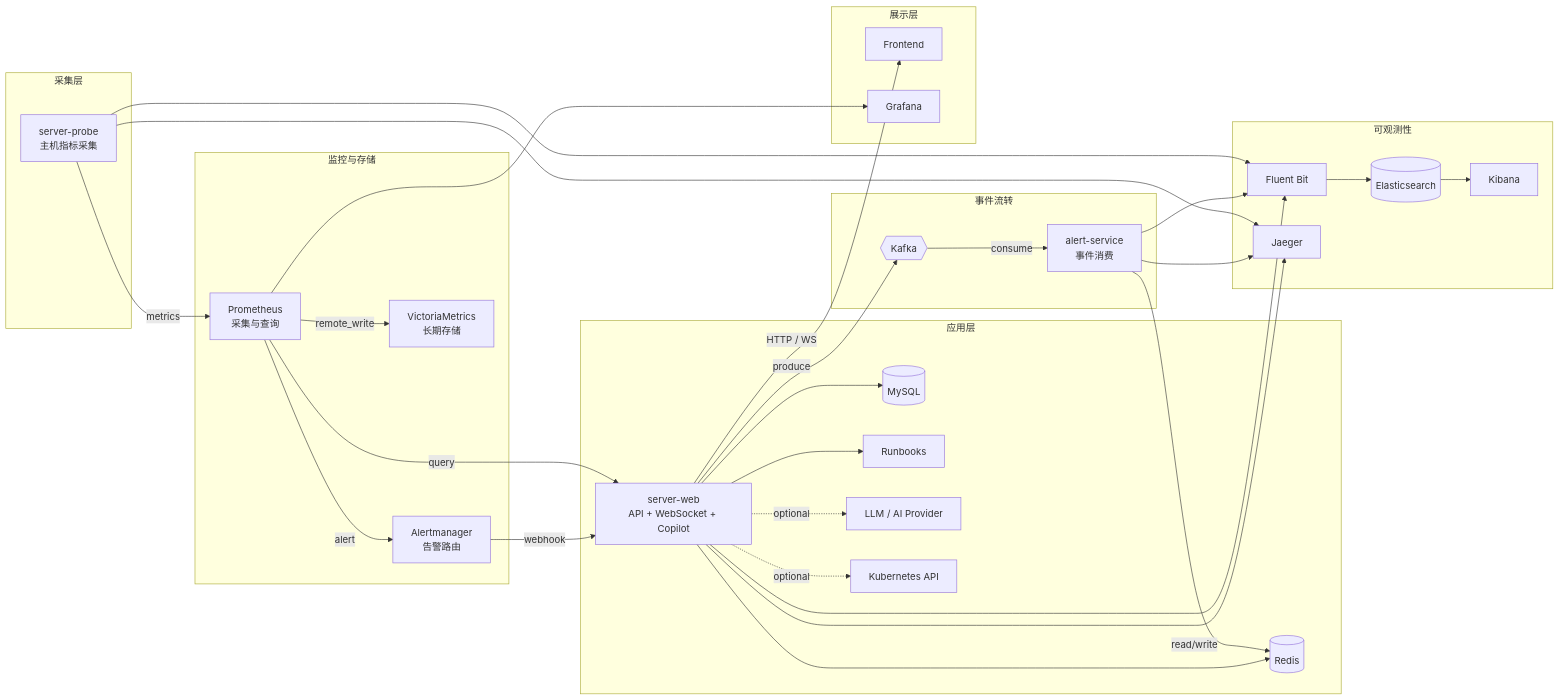
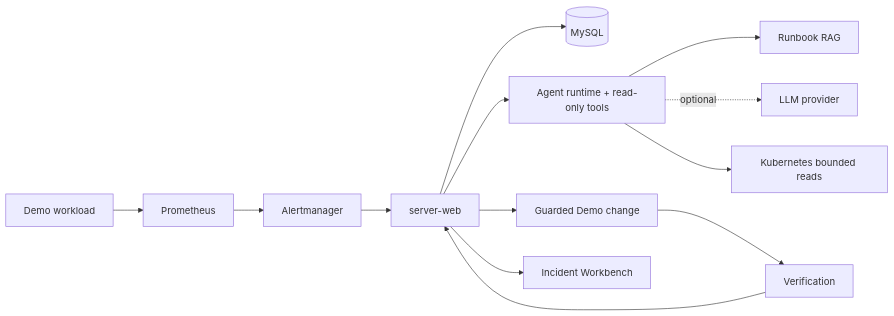
One commit to 05allan1213/CloudOps-Copilot changed the diagram in README.md. Above: the diagram before and after it, drawn with Mermaid. The commit also changed other lines of this file and 183 other files, not shown here.

Commit message:
refactor: consolidate V2 agent packages and streamline the local demo

````diff
--- a/README.md
+++ b/README.md
@@ -21,62 +17,15 @@
 ```mermaid
 graph LR
-    subgraph 采集层
-        Probe[server-probe\n主机指标采集]
-    end
-
-    subgraph 监控与存储
-        Prom[Prometheus\n采集与查询]
-        AM[Alertmanager\n告警路由]
-        VM[VictoriaMetrics\n长期存储]
-    end
-
-    subgraph 应用层
-        Web[server-web\nAPI + WebSocket + Copilot]
-        Redis[(Redis)]
-        MySQL[(MySQL)]
-        Runbook[Runbooks]
-        LLM[LLM / AI Provider]
-        K8S[Kubernetes API]
-    end
-
-    subgraph 事件流转
-        Kafka{{Kafka}}
-        AlertSvc[alert-service\n事件消费]
-    end
-
-    subgraph 展示层
-        FE[Frontend]
-        Grafana[Grafana]
-    end
-
-    subgraph 可观测性
-        FB[Fluent Bit]
-        ES[(Elasticsearch)]
-        Kibana[Kibana]
-        Jaeger[Jaeger]
-    end
-
-    Probe -->|metrics| Prom
-    Prom -->|query| Web
-    Prom -->|remote_write| VM
-    Prom -->|alert| AM
-    AM -->|webhook| Web
-    Web -->|produce| Kafka
-    Kafka -->|consume| AlertSvc
-    AlertSvc -->|read/write| Redis
-    Web --> MySQL
-    Web --> Redis
-    Web --> Runbook
-    Web -. optional .-> LLM
-    Web -. optional .-> K8S
-    Web -->|HTTP / WS| FE
-    Prom --> Grafana
-    Probe --> FB
-    Web --> FB
-    AlertSvc --> FB
-    FB --> ES
-    ES --> Kibana
-    Probe --> Jaeger
-    Web --> Jaeger
-    AlertSvc --> Jaeger
+    Workload[Demo workload] --> Prom[Prometheus]
+    Prom --> AM[Alertmanager]
+    AM --> Web[server-web]
+    Web --> MySQL[(MySQL)]
+    Web --> Agent[Agent runtime + read-only tools]
+    Agent --> Runbook[Runbook RAG]
+    Agent -. optional .-> LLM[LLM provider]
+    Agent --> K8S[Kubernetes bounded reads]
+    Web --> Change[Guarded Demo change]
+    Change --> Verify[Verification]
+    Verify --> Web
+    Web --> UI[Incident Workbench]
 ```
````
